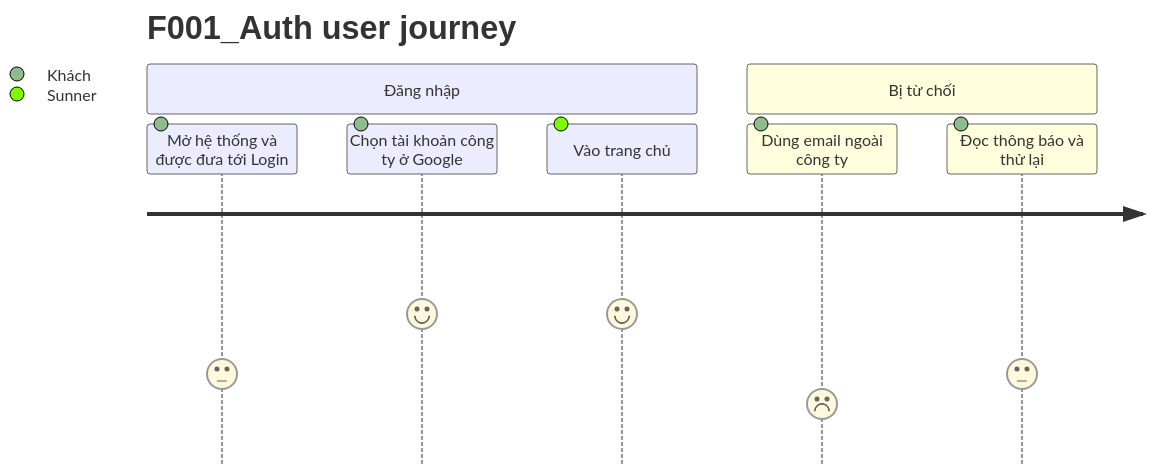
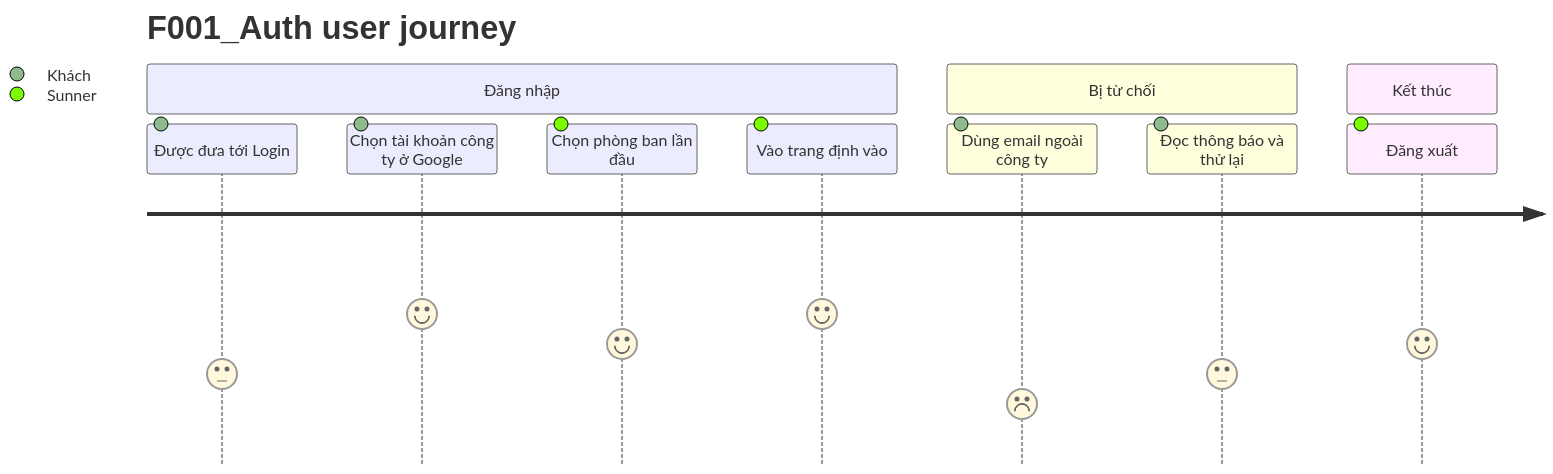
The diagram in docs/features/F001_Auth/functional-spec.md (hailv-3571/agentic-coding-hands-on), drawn with Mermaid before and after one commit. The commit also changed other lines of this file and 250 other files, not shown here.

````diff
--- a/docs/features/F001_Auth/functional-spec.md
+++ b/docs/features/F001_Auth/functional-spec.md
@@ -113,11 +132,14 @@
 ```mermaid
 journey
     title F001_Auth user journey
     section Đăng nhập
-      Mở hệ thống và được đưa tới Login: 3: Khách
+      Được đưa tới Login: 3: Khách
       Chọn tài khoản công ty ở Google: 5: Khách
-      Vào trang chủ: 5: Sunner
+      Chọn phòng ban lần đầu: 4: Sunner
+      Vào trang định vào: 5: Sunner
     section Bị từ chối
       Dùng email ngoài công ty: 2: Khách
       Đọc thông báo và thử lại: 3: Khách
+    section Kết thúc
+      Đăng xuất: 4: Sunner
 ```
````
